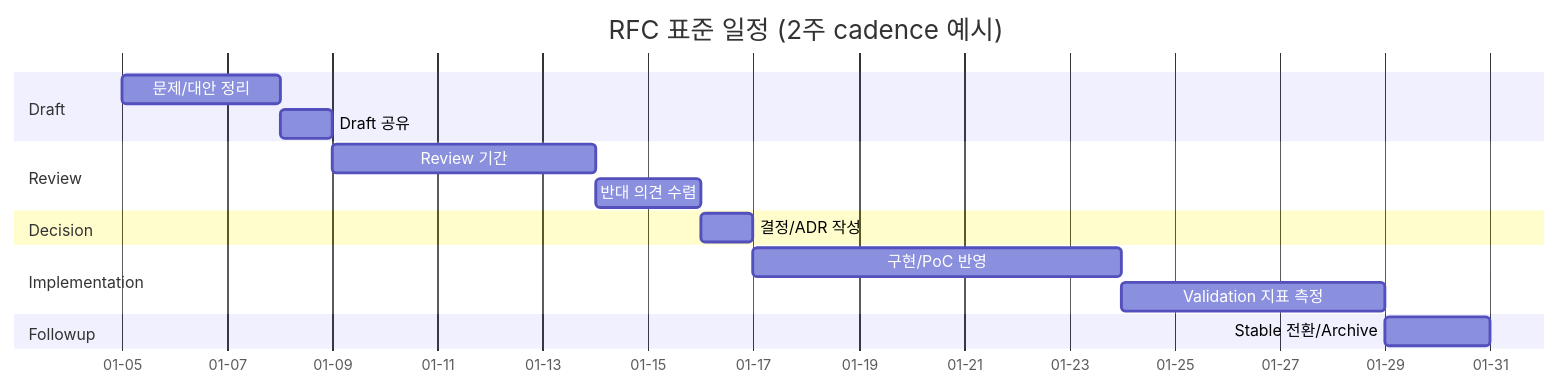
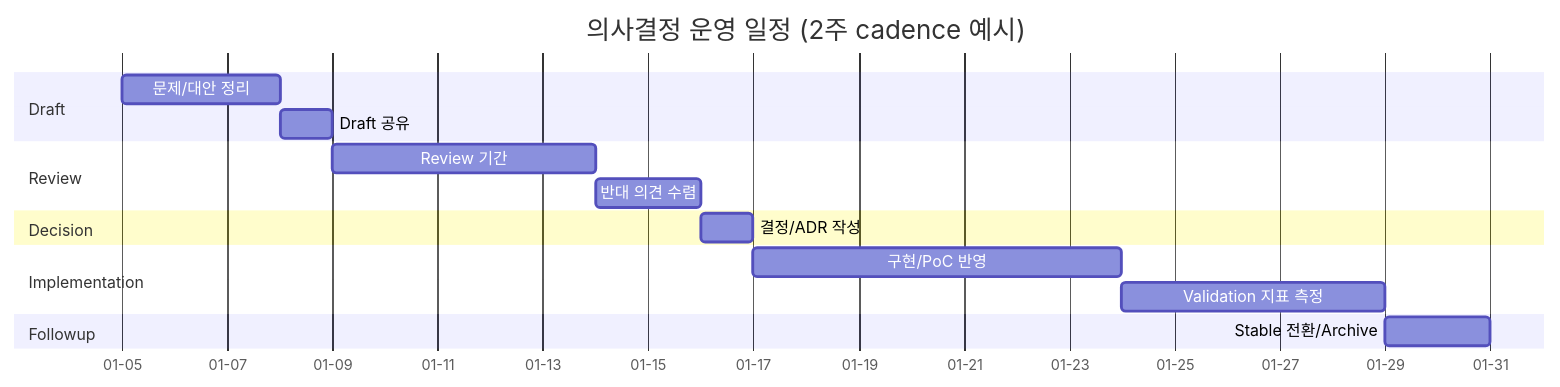
Before and after one commit to blue45f/heejun: the seventh of 8 diagrams in public/개발가이드/15_RFC_의사결정_프로세스.md, drawn with Mermaid. The commit also changed other lines of this file and 23 other files, not shown here.

````diff
--- a/public/개발가이드/15_RFC_의사결정_프로세스.md
+++ b/public/개발가이드/15_RFC_의사결정_프로세스.md
@@ -388,19 +395,19 @@
 ```mermaid
 gantt
-  title RFC 표준 일정 (2주 cadence 예시)
+  title 의사결정 운영 일정 (2주 cadence 예시)
   dateFormat  YYYY-MM-DD
   axisFormat  %m-%d
   section Draft
   문제/대안 정리        :a1, 2030-01-05, 3d
   Draft 공유            :a2, after a1, 1d
   section Review
   Review 기간          :b1, after a2, 5d
   반대 의견 수렴        :b2, after b1, 2d
   section Decision
   결정/ADR 작성        :c1, after b2, 1d
   section Implementation
   구현/PoC 반영        :d1, after c1, 7d
   Validation 지표 측정  :d2, after d1, 5d
   section Followup
   Stable 전환/Archive  :e1, after d2, 2d
 ```
````
